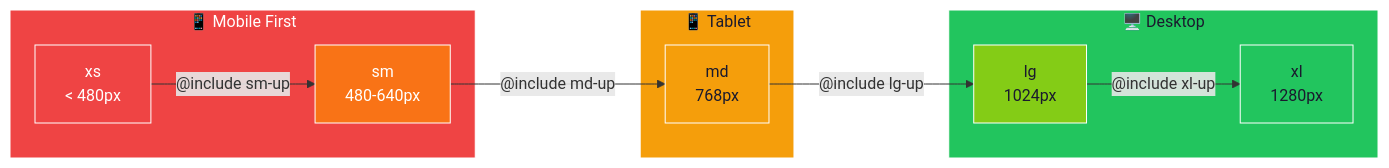
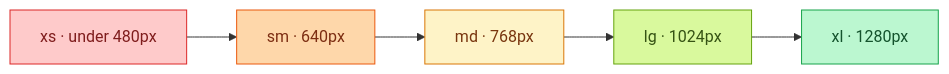
Before and after one commit to Univers42/transcendance: the sixth of 13 diagrams in CONTRIBUTING.md, drawn with Mermaid. The commit also changed other lines of this file, not shown here.

````diff
--- a/CONTRIBUTING.md
+++ b/CONTRIBUTING.md
@@ -552,30 +427,13 @@
 ```mermaid
-flowchart LR
-    subgraph Mobile["📱 Mobile First"]
-        XS["xs\n< 480px"]
-        SM["sm\n480-640px"]
-    end
-    
-    subgraph Tablet["📱 Tablet"]
-        MD["md\n768px"]
-    end
-    
-    subgraph Desktop["🖥️ Desktop"]
-        LG["lg\n1024px"]
-        XL["xl\n1280px"]
-    end
+graph LR
+    xs["xs · under 480px"] --> sm["sm · 640px"]
+    sm --> md["md · 768px"]
+    md --> lg["lg · 1024px"]
+    lg --> xl["xl · 1280px"]
 
-    XS -->|"@include sm-up"| SM
-    SM -->|"@include md-up"| MD
-    MD -->|"@include lg-up"| LG
-    LG -->|"@include xl-up"| XL
-
-    style Mobile fill:#ef4444,stroke:#fff,color:#fff
-    style Tablet fill:#f59e0b,stroke:#fff,color:#1a1a2e
-    style Desktop fill:#22c55e,stroke:#fff,color:#1a1a2e
-    style XS fill:#ef4444,stroke:#fff,color:#fff
-    style SM fill:#f97316,stroke:#fff,color:#fff
-    style MD fill:#f59e0b,stroke:#fff,color:#1a1a2e
-    style LG fill:#84cc16,stroke:#fff,color:#1a1a2e
-    style XL fill:#22c55e,stroke:#fff,color:#1a1a2e
+    style xs fill:#fecaca,stroke:#dc2626,color:#7f1d1d
+    style sm fill:#fed7aa,stroke:#ea580c,color:#7c2d12
+    style md fill:#fef3c7,stroke:#d97706,color:#78350f
+    style lg fill:#d9f99d,stroke:#65a30d,color:#365314
+    style xl fill:#bbf7d0,stroke:#16a34a,color:#14532d
 ```
````
